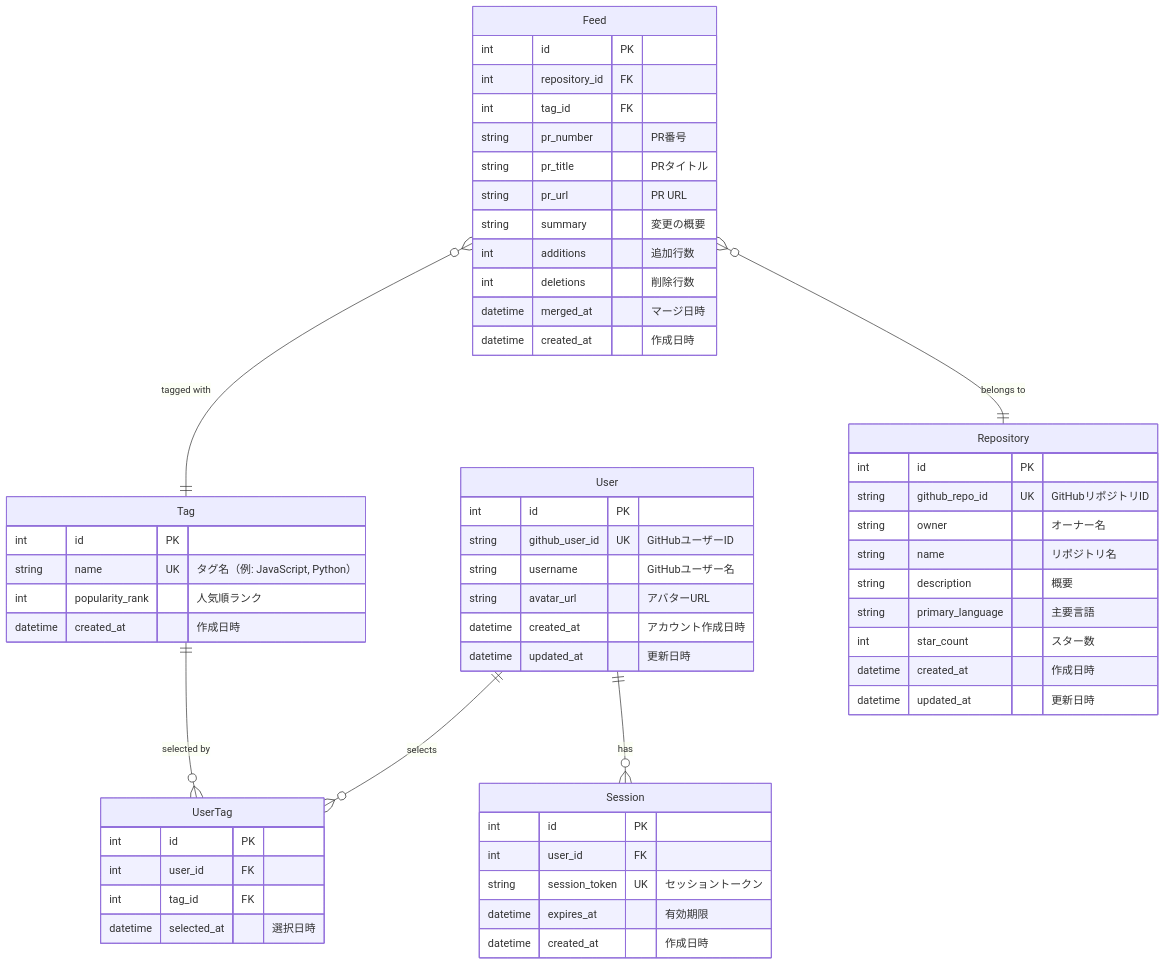
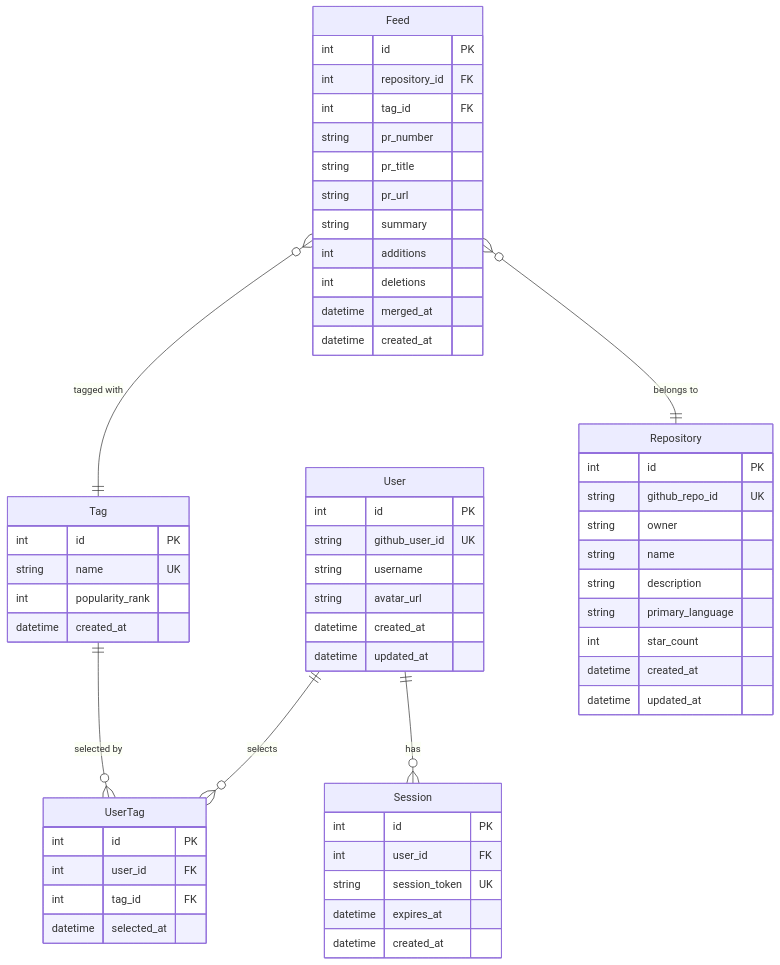
One commit to tsukuneA1/git-feed changed the diagram in docs/er-diagram.md. Above: the diagram before and after it, drawn with Mermaid.

Commit message:
delete:不要なコメントを削除

````diff
--- a/docs/er-diagram.md
+++ b/docs/er-diagram.md
@@ -1,65 +1,65 @@
 ```mermaid
 erDiagram
     User ||--o{ UserTag : "selects"
     Tag ||--o{ UserTag : "selected by"
     User ||--o{ Session : "has"
     Feed }o--|| Repository : "belongs to"
     Feed }o--|| Tag : "tagged with"
 
     User {
         int id PK
-        string github_user_id UK "GitHubユーザーID"
-        string username "GitHubユーザー名"
-        string avatar_url "アバターURL"
-        datetime created_at "アカウント作成日時"
-        datetime updated_at "更新日時"
+        string github_user_id UK
+        string username 
+        string avatar_url
+        datetime created_at
+        datetime updated_at
     }
 
     Tag {
         int id PK
-        string name UK "タグ名（例: JavaScript, Python）"
-        int popularity_rank "人気順ランク"
-        datetime created_at "作成日時"
+        string name UK
+        int popularity_rank
+        datetime created_at
     }
 
     UserTag {
         int id PK
         int user_id FK
         int tag_id FK
-        datetime selected_at "選択日時"
+        datetime selected_at
     }
 
     Session {
         int id PK
         int user_id FK
-        string session_token UK "セッショントークン"
-        datetime expires_at "有効期限"
-        datetime created_at "作成日時"
+        string session_token UK 
+        datetime expires_at 
+        datetime created_at 
     }
 
     Repository {
         int id PK
-        string github_repo_id UK "GitHubリポジトリID"
-        string owner "オーナー名"
-        string name "リポジトリ名"
-        string description "概要"
-        string primary_language "主要言語"
-        int star_count "スター数"
-        datetime created_at "作成日時"
-        datetime updated_at "更新日時"
+        string github_repo_id UK
+        string owner
+        string name
+        string description
+        string primary_language
+        int star_count
+        datetime created_at
+        datetime updated_at
     }
 
     Feed {
         int id PK
         int repository_id FK
         int tag_id FK
-        string pr_number "PR番号"
-        string pr_title "PRタイトル"
-        string pr_url "PR URL"
-        string summary "変更の概要"
-        int additions "追加行数"
-        int deletions "削除行数"
-        datetime merged_at "マージ日時"
-        datetime created_at "作成日時"
+        string pr_number 
+        string pr_title 
+        string pr_url 
+        string summary 
+        int additions 
+        int deletions
+        datetime merged_at
+        datetime created_at 
     }
 ```
````
